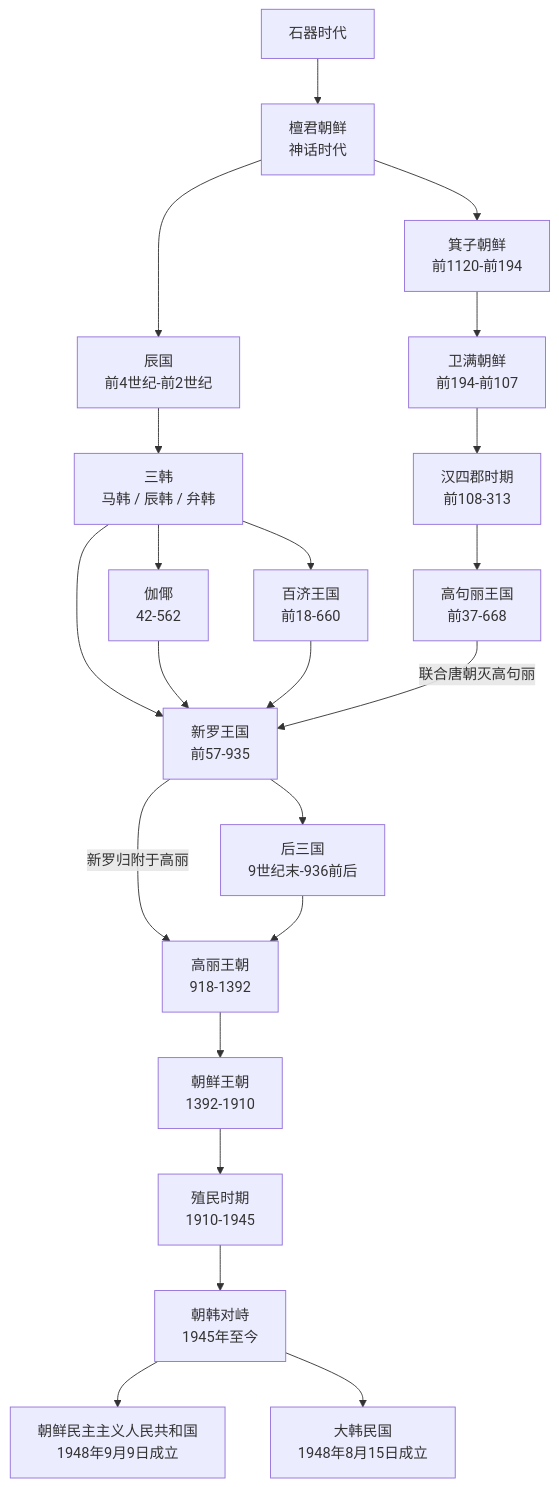
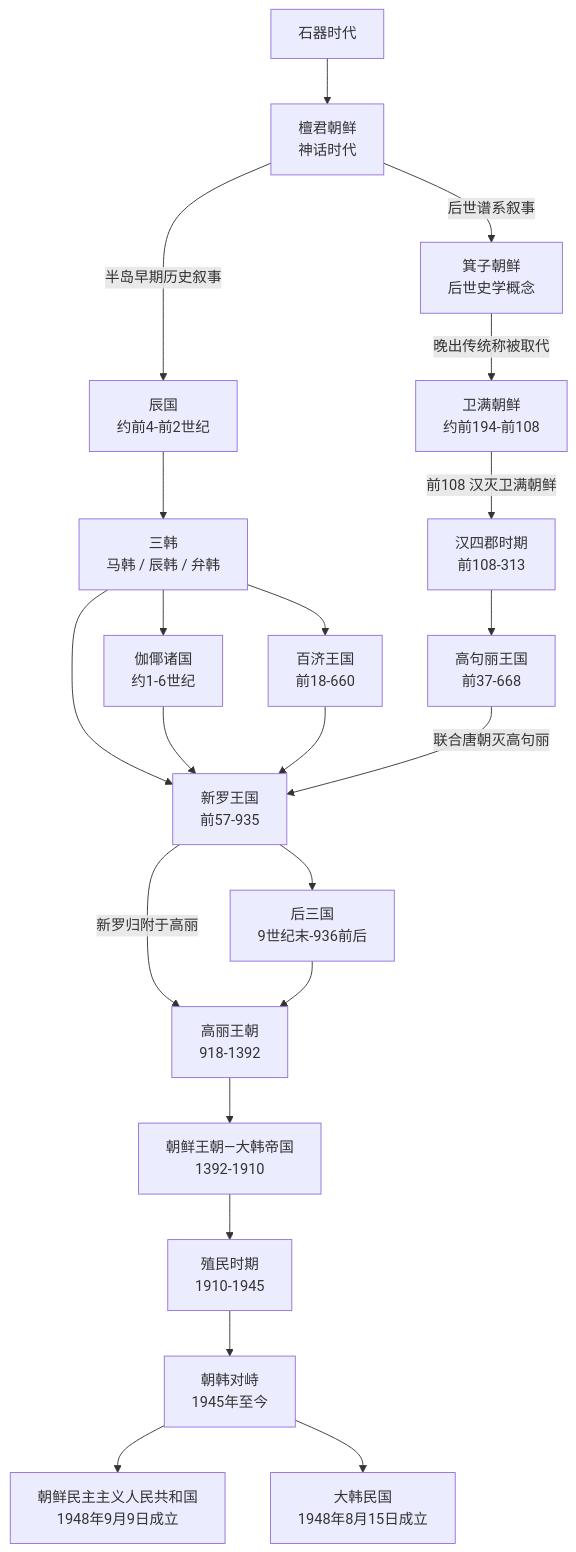
Before and after one commit to tianlan-dev/learning-notes: the diagram in 人文科学/历史/东亚/朝鲜半岛/README.md, drawn with Mermaid. The commit also changed other lines of this file and 1417 other files, not shown here.

````diff
--- a/人文科学/历史/东亚/朝鲜半岛/README.md
+++ b/人文科学/历史/东亚/朝鲜半岛/README.md
@@ -11,28 +11,28 @@
 ```mermaid
 flowchart TD
     stone["石器时代"] --> dangun["檀君朝鲜<br/>神话时代"]
 
-    dangun --> jizi["箕子朝鲜<br/>前1120-前194"]
-    jizi --> wiman["卫满朝鲜<br/>前194-前107"]
-    wiman --> han4["汉四郡时期<br/>前108-313"]
+    dangun -->|后世谱系叙事| jizi["箕子朝鲜<br/>后世史学概念"]
+    jizi -->|晚出传统称被取代| wiman["卫满朝鲜<br/>约前194-前108"]
+    wiman -->|前108 汉灭卫满朝鲜| han4["汉四郡时期<br/>前108-313"]
     han4 --> goguryeo["高句丽王国<br/>前37-668"]
 
-    dangun --> jin["辰国<br/>前4世纪-前2世纪"]
+    dangun -->|半岛早期历史叙事| jin["辰国<br/>约前4-前2世纪"]
     jin --> samhan["三韩<br/>马韩 / 辰韩 / 弁韩"]
     samhan --> baekje["百济王国<br/>前18-660"]
     samhan --> silla["新罗王国<br/>前57-935"]
-    samhan --> gaya["伽倻<br/>42-562"]
+    samhan --> gaya["伽倻诸国<br/>约1-6世纪"]
     gaya --> silla
     baekje --> silla
     goguryeo -->|"联合唐朝灭高句丽"| silla
 
     silla --> later_three["后三国<br/>9世纪末-936前后"]
     silla -->|"新罗归附于高丽"| goryeo["高丽王朝<br/>918-1392"]
     later_three --> goryeo
 
-    goryeo --> joseon["朝鲜王朝<br/>1392-1910"]
+    goryeo --> joseon["朝鲜王朝—大韩帝国<br/>1392-1910"]
     joseon --> colonial["殖民时期<br/>1910-1945"]
     colonial --> division["朝韩对峙<br/>1945年至今"]
     division --> dprk["朝鲜民主主义人民共和国<br/>1948年9月9日成立"]
     division --> rok["大韩民国<br/>1948年8月15日成立"]
 ```
````
